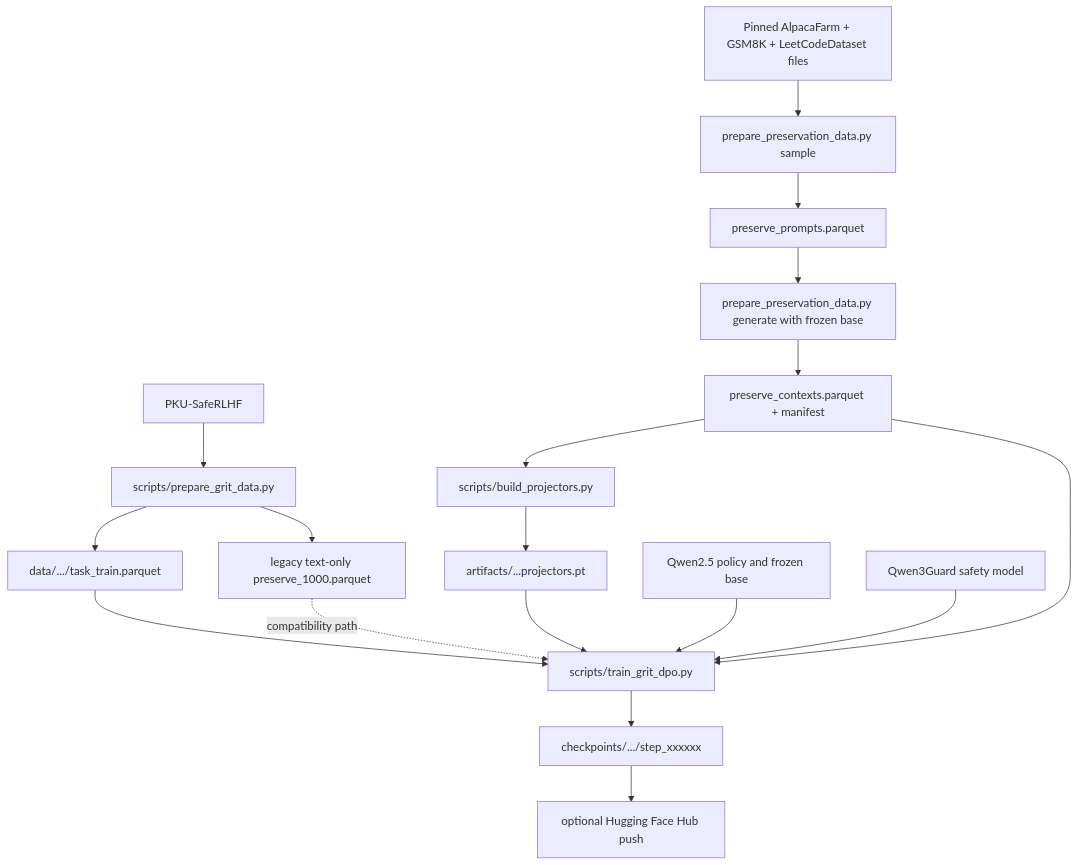
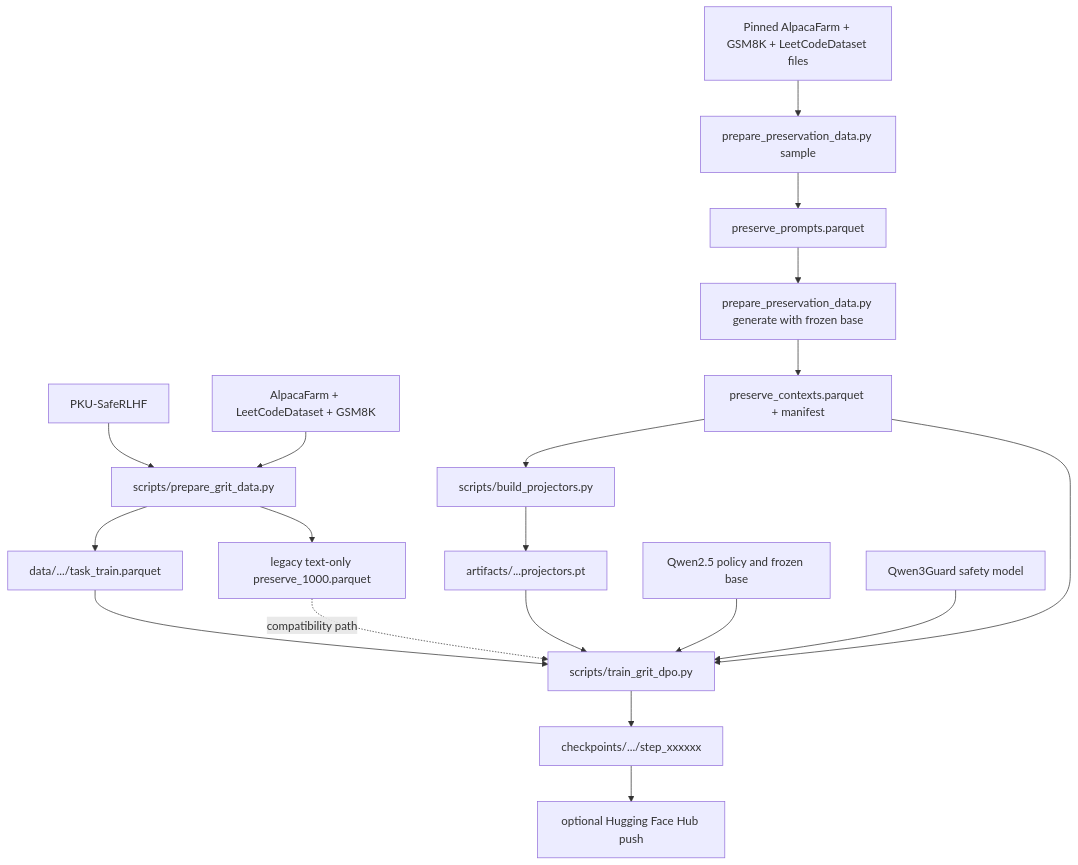
Before and after one commit to DienHam/GRIT: the diagram in WORKFLOW.md, drawn with Mermaid. The commit also changed other lines of this file and 25 other files, not shown here.

````diff
--- a/WORKFLOW.md
+++ b/WORKFLOW.md
@@ -68,20 +68,21 @@
 ```mermaid
 flowchart TD
     A["PKU-SafeRLHF"] --> B["scripts/prepare_grit_data.py"]
+    A2["AlpacaFarm + LeetCodeDataset + GSM8K"] --> B
     B --> C["data/.../task_train.parquet"]
     B --> L["legacy text-only preserve_1000.parquet"]
     D["Pinned AlpacaFarm + GSM8K + LeetCodeDataset files"] --> E["prepare_preservation_data.py sample"]
     E --> F["preserve_prompts.parquet"]
     F --> G["prepare_preservation_data.py generate with frozen base"]
     G --> H["preserve_contexts.parquet + manifest"]
     H --> I["scripts/build_projectors.py"]
     I --> J["artifacts/...projectors.pt"]
     C --> K["scripts/train_grit_dpo.py"]
     H --> K
     J --> K
     L -. "compatibility path" .-> K
     M["Qwen2.5 policy and frozen base"] --> K
     N["Qwen3Guard safety model"] --> K
     K --> O["checkpoints/.../step_xxxxxx"]
     O --> P["optional Hugging Face Hub push"]
 ```
````
